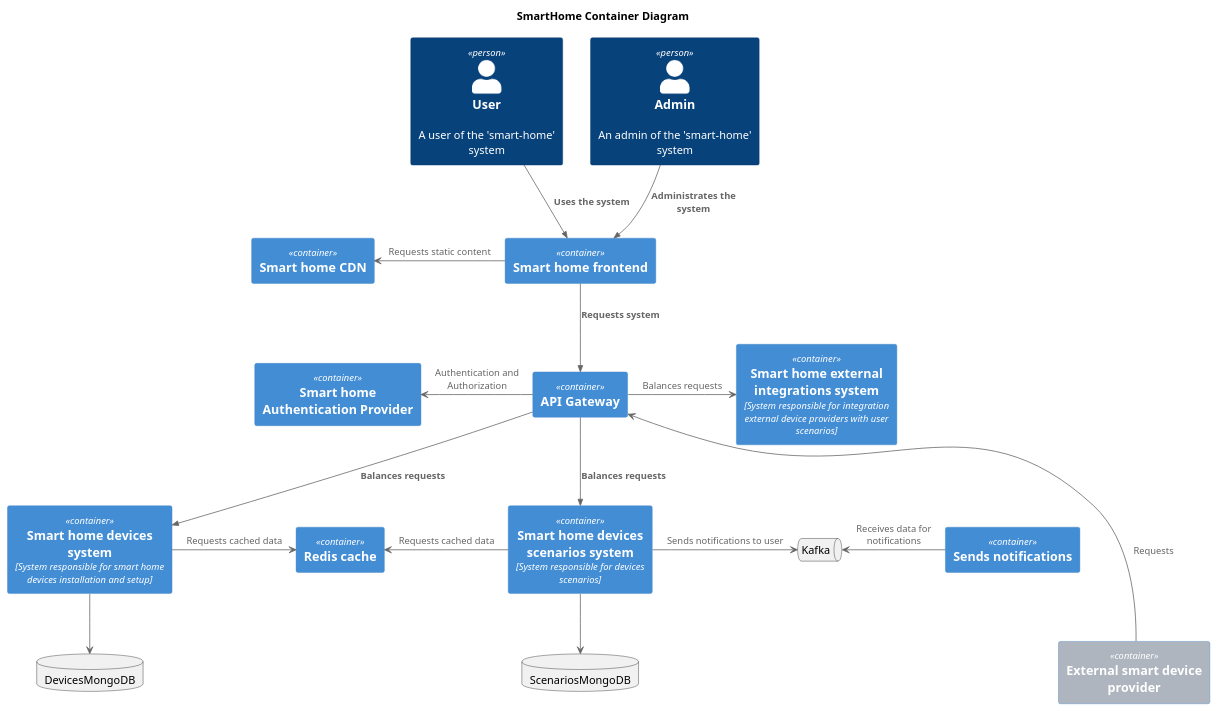
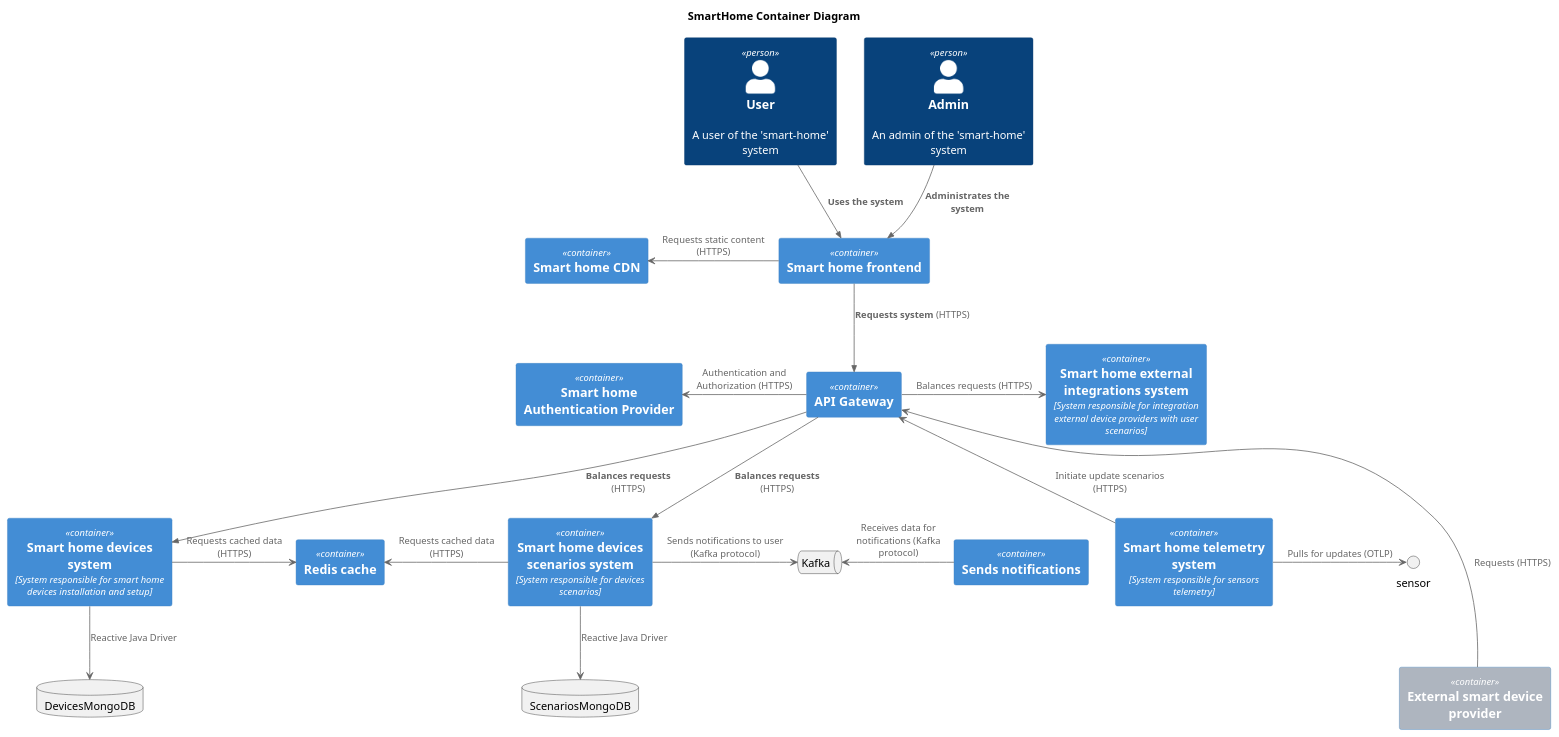
The diagram in smart-home-monolith/src/main/resources/uml/Container.puml (yauheni-taranau/architecture-sprint-3), drawn with PlantUML before and after one commit. The commit also changed 3 other files, not shown here.

```diff
--- a/smart-home-monolith/src/main/resources/uml/Container.puml
+++ b/smart-home-monolith/src/main/resources/uml/Container.puml
@@ -1,41 +1,47 @@
 @startuml
 title SmartHome Container Diagram
 
 top to bottom direction
 
 !includeurl https://raw.githubusercontent.com/RicardoNiepel/C4-PlantUML/master/C4_Component.puml
 
 Person(user, "User", "A user of the 'smart-home' system")
 Person(admin, "Admin", "An admin of the 'smart-home' system")
 
 Container(SmartHomeFrontend, "Smart home frontend")
 Container(AuthenticationProvider, "Smart home Authentication Provider")
 Container(SmartHomeDevicesMicroservice, "Smart home devices system", "System responsible for smart home devices installation and setup")
 Container(SmartHomeDevicesScenariosMicroservice, "Smart home devices scenarios system", "System responsible for devices scenarios")
 Container(SmartHomeIntegrations, "Smart home external integrations system", "System responsible for integration external device providers with user scenarios")
+Container(SmartHomeTelemetryMicroservices, "Smart home telemetry system", "System responsible for sensors telemetry")
 Container(ExternalSystem, "External smart device provider") #aeb5bf
 Container(SmartHomeCDN, "Smart home CDN")
 Container(Gateway, "API Gateway")
 Container(Cache, "Redis cache")
 Container(NotificationsSystem, "Sends notifications")
 database DevicesMongoDB
 database ScenariosMongoDB
+
+circle sensor
+
 queue Kafka
 
 
 Rel(user, SmartHomeFrontend, "Uses the system")
 Rel(admin, SmartHomeFrontend, "Administrates the system")
-SmartHomeCDN <- SmartHomeFrontend: Requests static content
-AuthenticationProvider <- Gateway : Authentication and Authorization
-Rel(SmartHomeFrontend, Gateway, "Requests system")
-Rel(Gateway, SmartHomeDevicesMicroservice, "Balances requests")
-Rel(Gateway, SmartHomeDevicesScenariosMicroservice, "Balances requests")
-SmartHomeDevicesMicroservice-> Cache: Requests cached data
-Cache <- SmartHomeDevicesScenariosMicroservice: Requests cached data
-SmartHomeDevicesMicroservice -d-> DevicesMongoDB
-SmartHomeDevicesScenariosMicroservice -d-> ScenariosMongoDB
-ExternalSystem -u--> Gateway: Requests
-Gateway -> SmartHomeIntegrations: Balances requests
-SmartHomeDevicesScenariosMicroservice  -> Kafka: Sends notifications to user
-Kafka <- NotificationsSystem: Receives data for notifications
+SmartHomeCDN <- SmartHomeFrontend: Requests static content (HTTPS)
+AuthenticationProvider <- Gateway : Authentication and Authorization (HTTPS)
+Rel(SmartHomeFrontend, Gateway, "Requests system") (HTTPS)
+Rel(Gateway, SmartHomeDevicesMicroservice, "Balances requests") (HTTPS)
+Rel(Gateway, SmartHomeDevicesScenariosMicroservice, "Balances requests") (HTTPS)
+SmartHomeDevicesMicroservice-> Cache: Requests cached data (HTTPS)
+Cache <- SmartHomeDevicesScenariosMicroservice: Requests cached data (HTTPS)
+SmartHomeDevicesMicroservice -d-> DevicesMongoDB: Reactive Java Driver
+SmartHomeDevicesScenariosMicroservice -d-> ScenariosMongoDB: Reactive Java Driver
+ExternalSystem -u--> Gateway: Requests (HTTPS)
+Gateway -> SmartHomeIntegrations: Balances requests (HTTPS)
+SmartHomeDevicesScenariosMicroservice  -> Kafka: Sends notifications to user (Kafka protocol)
+Kafka <- NotificationsSystem: Receives data for notifications (Kafka protocol)
+SmartHomeTelemetryMicroservices -> sensor: Pulls for updates (OTLP)
+SmartHomeTelemetryMicroservices -u-> Gateway: Initiate update scenarios (HTTPS)
 @enduml
```
